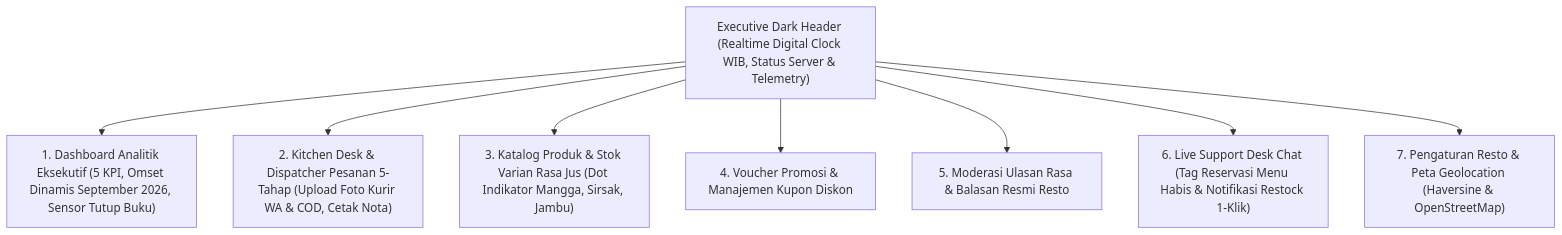
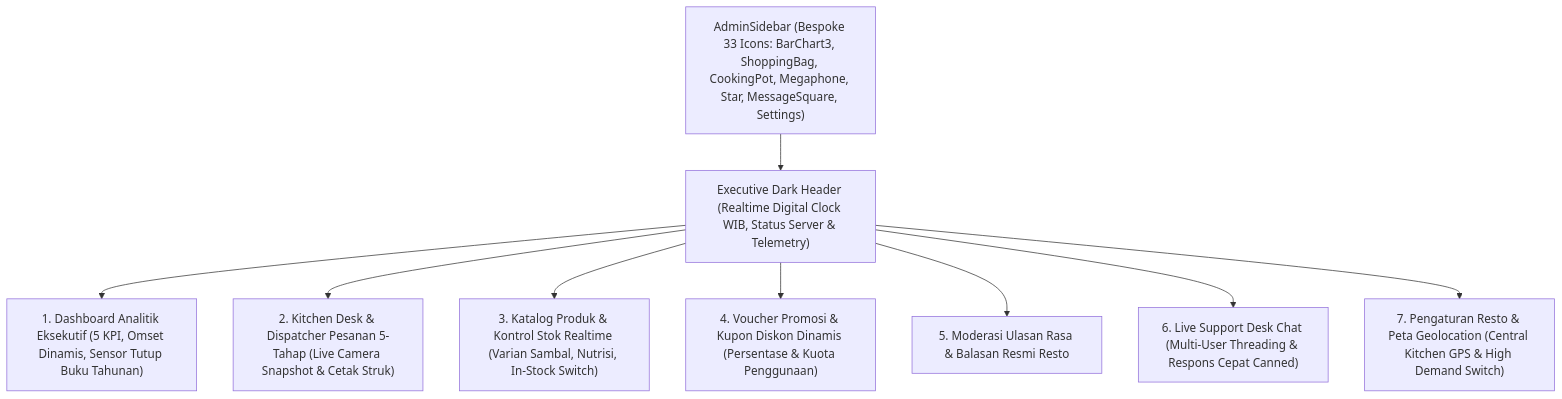
The diagram in nefakky3/docs/DESIGN_ADMIN.md (fatihahmadzakky19/Nefakky3), drawn with Mermaid before and after one commit. The commit also changed other lines of this file and 15 other files, not shown here.

````diff
--- a/nefakky3/docs/DESIGN_ADMIN.md
+++ b/nefakky3/docs/DESIGN_ADMIN.md
@@ -13,11 +12,12 @@
 ```mermaid
 graph TD
-    Header["Executive Dark Header (Realtime Digital Clock WIB, Status Server & Telemetry)"]
-    Header --> Tab1["1. Dashboard Analitik Eksekutif (5 KPI, Omset Dinamis September 2026, Sensor Tutup Buku)"]
-    Header --> Tab2["2. Kitchen Desk & Dispatcher Pesanan 5-Tahap (Upload Foto Kurir WA & COD, Cetak Nota)"]
-    Header --> Tab3["3. Katalog Produk & Stok Varian Rasa Jus (Dot Indikator Mangga, Sirsak, Jambu)"]
-    Header --> Tab4["4. Voucher Promosi & Manajemen Kupon Diskon"]
+    Sidebar["AdminSidebar (Bespoke 33 Icons: BarChart3, ShoppingBag, CookingPot, Megaphone, Star, MessageSquare, Settings)"]
+    Sidebar --> Header["Executive Dark Header (Realtime Digital Clock WIB, Status Server & Telemetry)"]
+    Header --> Tab1["1. Dashboard Analitik Eksekutif (5 KPI, Omset Dinamis, Sensor Tutup Buku Tahunan)"]
+    Header --> Tab2["2. Kitchen Desk & Dispatcher Pesanan 5-Tahap (Live Camera Snapshot & Cetak Struk)"]
+    Header --> Tab3["3. Katalog Produk & Kontrol Stok Realtime (Varian Sambal, Nutrisi, In-Stock Switch)"]
+    Header --> Tab4["4. Voucher Promosi & Kupon Diskon Dinamis (Persentase & Kuota Penggunaan)"]
     Header --> Tab5["5. Moderasi Ulasan Rasa & Balasan Resmi Resto"]
-    Header --> Tab6["6. Live Support Desk Chat (Tag Reservasi Menu Habis & Notifikasi Restock 1-Klik)"]
-    Header --> Tab7["7. Pengaturan Resto & Peta Geolocation (Haversine & OpenStreetMap)"]
+    Header --> Tab6["6. Live Support Desk Chat (Multi-User Threading & Respons Cepat Canned)"]
+    Header --> Tab7["7. Pengaturan Resto & Peta Geolocation (Central Kitchen GPS & High Demand Switch)"]
 ```
````
